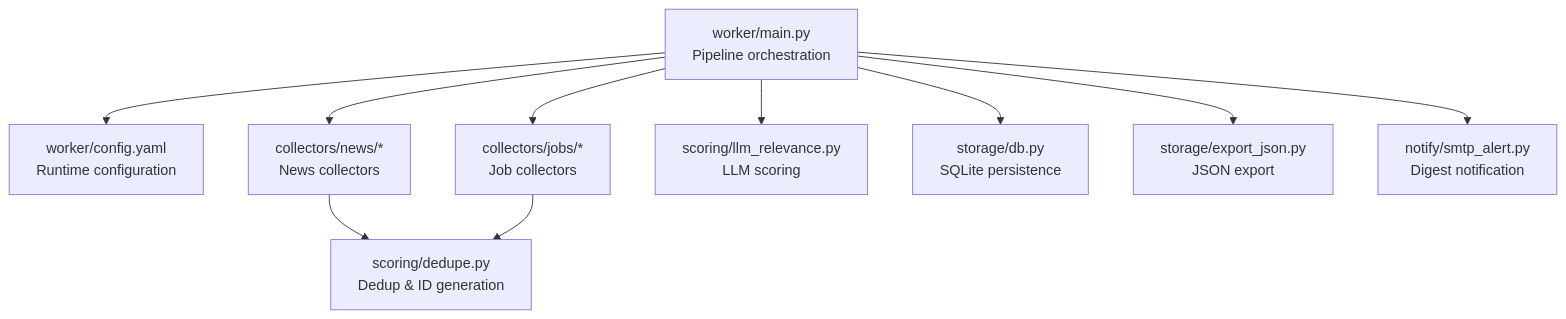
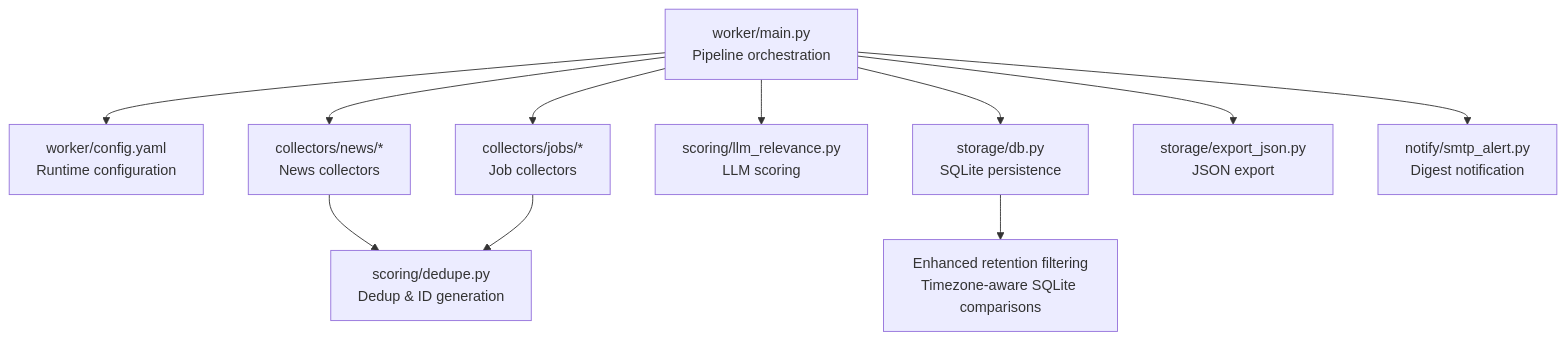
Before and after one commit to shakthi-vinayak/news: the first of 7 diagrams in .qoder/repowiki/en/content/Content Collection System/Content Collection System.md, drawn with Mermaid. The commit also changed other lines of this file and 37 other files, not shown here.

````diff
--- a/.qoder/repowiki/en/content/Content Collection System/Content Collection System.md
+++ b/.qoder/repowiki/en/content/Content Collection System/Content Collection System.md
@@ -39,12 +49,13 @@
 ```mermaid
 graph TB
 Orchestrator["worker/main.py<br/>Pipeline orchestration"] --> Cfg["worker/config.yaml<br/>Runtime configuration"]
 Orchestrator --> NewsPkg["collectors/news/*<br/>News collectors"]
 Orchestrator --> JobsPkg["collectors/jobs/*<br/>Job collectors"]
 NewsPkg --> Dedup["scoring/dedupe.py<br/>Dedup & ID generation"]
 JobsPkg --> Dedup
 Orchestrator --> Scoring["scoring/llm_relevance.py<br/>LLM scoring"]
 Orchestrator --> Storage["storage/db.py<br/>SQLite persistence"]
 Orchestrator --> Export["storage/export_json.py<br/>JSON export"]
 Orchestrator --> Notify["notify/smtp_alert.py<br/>Digest notification"]
+Storage --> Retention["Enhanced retention filtering<br/>Timezone-aware SQLite comparisons"]
 ```
````
